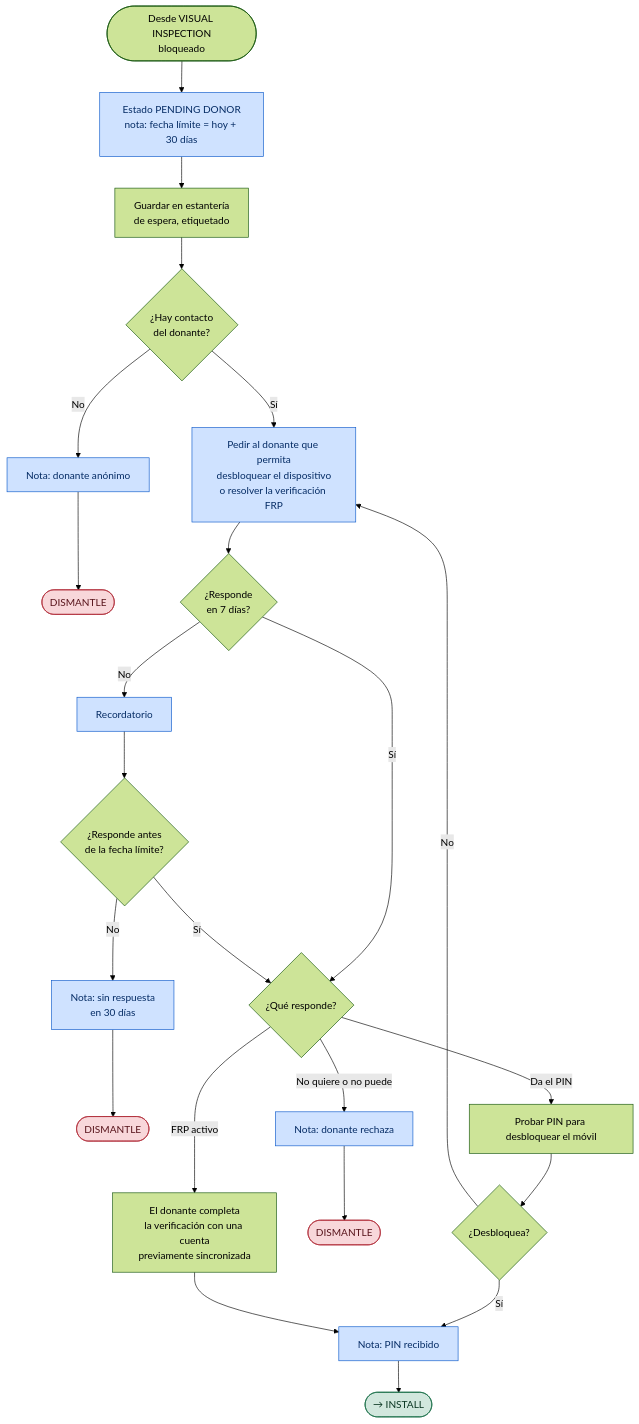
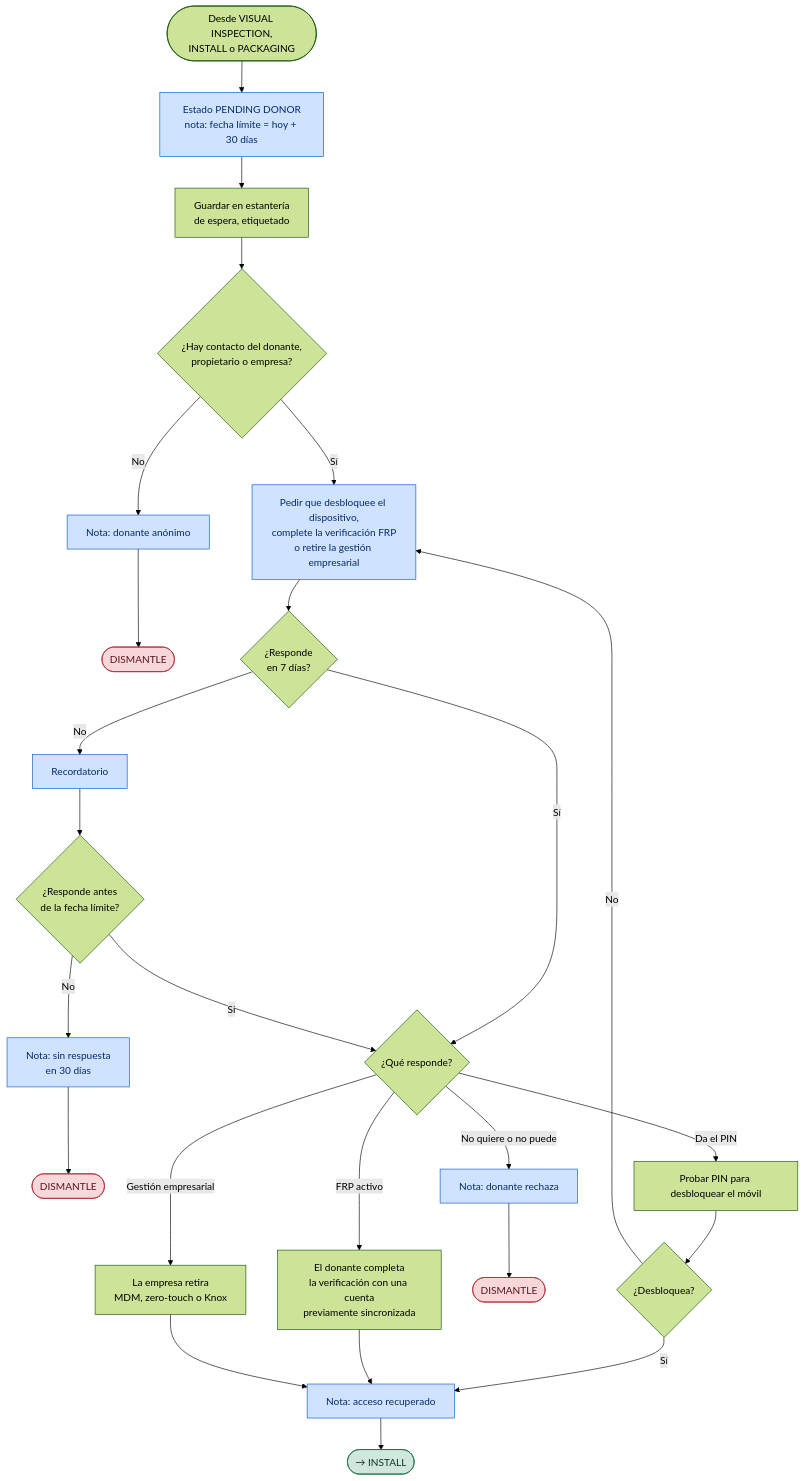
One commit to aucoop/vincle-digital-docs changed the fourth of 8 diagrams in docs/diagramas-detallados.md. Above: the diagram before and after it, drawn with Mermaid (forest theme). The commit also changed other lines of this file, not shown here.

````diff
--- a/docs/diagramas-detallados.md
+++ b/docs/diagramas-detallados.md
@@ -186,33 +190,35 @@
 ```mermaid
 flowchart TD
-    IN(["Desde VISUAL INSPECTION<br/>bloqueado"]) --> ST_PD["Estado PENDING DONOR<br/>nota: fecha límite = hoy + 30 días"]:::dh
+    IN(["Desde VISUAL INSPECTION,<br/>INSTALL o PACKAGING"]) --> ST_PD["Estado PENDING DONOR<br/>nota: fecha límite = hoy + 30 días"]:::dh
     ST_PD --> GUARDAR["Guardar en estantería<br/>de espera, etiquetado"]
-    GUARDAR --> CONTACTO{"¿Hay contacto<br/>del donante?"}
+    GUARDAR --> CONTACTO{"¿Hay contacto del donante,<br/>propietario o empresa?"}
 
     CONTACTO -->|"No"| N_ANON["Nota: donante anónimo"]:::dh
     N_ANON --> DIS1(["DISMANTLE"]):::reject
 
-    CONTACTO -->|"Sí"| MSG["Pedir al donante que permita<br/>desbloquear el dispositivo<br/>o resolver la verificación FRP"]:::dh
+    CONTACTO -->|"Sí"| MSG["Pedir que desbloquee el dispositivo,<br/>complete la verificación FRP<br/>o retire la gestión empresarial"]:::dh
     MSG --> R1{"¿Responde<br/>en 7 días?"}
     R1 -->|"No"| REC["Recordatorio"]:::dh
     REC --> R2{"¿Responde antes<br/>de la fecha límite?"}
     R2 -->|"No"| N_TIME["Nota: sin respuesta<br/>en 30 días"]:::dh
     N_TIME --> DIS2(["DISMANTLE"]):::reject
 
     R1 -->|"Sí"| QUE
     R2 -->|"Sí"| QUE{"¿Qué responde?"}
     QUE -->|"Da el PIN"| PIN["Probar PIN para desbloquear el móvil"]
     QUE -->|"FRP activo"| FRP_OK["El donante completa<br/>la verificación con una cuenta<br/>previamente sincronizada"]
+    QUE -->|"Gestión empresarial"| MDM_OK["La empresa retira<br/>MDM, zero-touch o Knox"]
     QUE -->|"No quiere o no puede"| N_NEG["Nota: donante rechaza"]:::dh
     N_NEG --> DIS3(["DISMANTLE"]):::reject
 
     PIN --> FUNC{"¿Desbloquea?"}
     FUNC -->|"No"| MSG
-    FUNC -->|"Sí"| N_OK["Nota: PIN recibido"]:::dh
+    FUNC -->|"Sí"| N_OK["Nota: acceso recuperado"]:::dh
     FRP_OK --> N_OK
+    MDM_OK --> N_OK
     N_OK --> OK(["→ INSTALL"]):::ok
 
     classDef reject fill:#f8d7da,stroke:#b02a37,color:#58151c
     classDef ok fill:#d1e7dd,stroke:#146c43,color:#0a3622
     classDef dh fill:#cfe2ff,stroke:#0a58ca,color:#052c65
 ```
````
